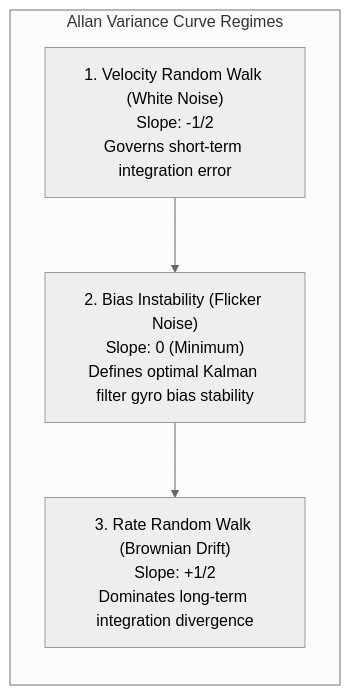
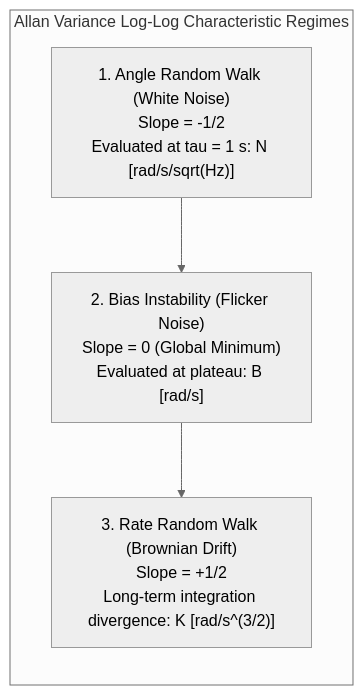
Before and after one commit to MudassirT/Physical-AI-Humanoid-Robotics: the second of 2 diagrams in ai-book-docs/module2-digital-twin/2-3-sensor-simulation.mdx, drawn with Mermaid (neutral theme). The commit also changed other lines of this file and 2 other files, not shown here.

````diff
--- a/ai-book-docs/module2-digital-twin/2-3-sensor-simulation.mdx
+++ b/ai-book-docs/module2-digital-twin/2-3-sensor-simulation.mdx
@@ -112,11 +86,11 @@
 ```mermaid
 graph LR
-    subgraph AllanVarianceRegions["Allan Variance Curve Regimes"]
-        VRW["1. Velocity Random Walk (White Noise)\nSlope: -1/2\nGoverns short-term integration error"]
-        BI["2. Bias Instability (Flicker Noise)\nSlope: 0 (Minimum)\nDefines optimal Kalman filter gyro bias stability"]
-        RRW["3. Rate Random Walk (Brownian Drift)\nSlope: +1/2\nDominates long-term integration divergence"]
+    subgraph AllanVarianceRegions["Allan Variance Log-Log Characteristic Regimes"]
+        ARW["1. Angle Random Walk (White Noise)\nSlope = -1/2\nEvaluated at tau = 1 s: N [rad/s/sqrt(Hz)]"]
+        BI["2. Bias Instability (Flicker Noise)\nSlope = 0 (Global Minimum)\nEvaluated at plateau: B [rad/s]"]
+        RRW["3. Rate Random Walk (Brownian Drift)\nSlope = +1/2\nLong-term integration divergence: K [rad/s^(3/2)]"]
     end
 
-    VRW --> BI
+    ARW --> BI
     BI --> RRW
 ```
````
